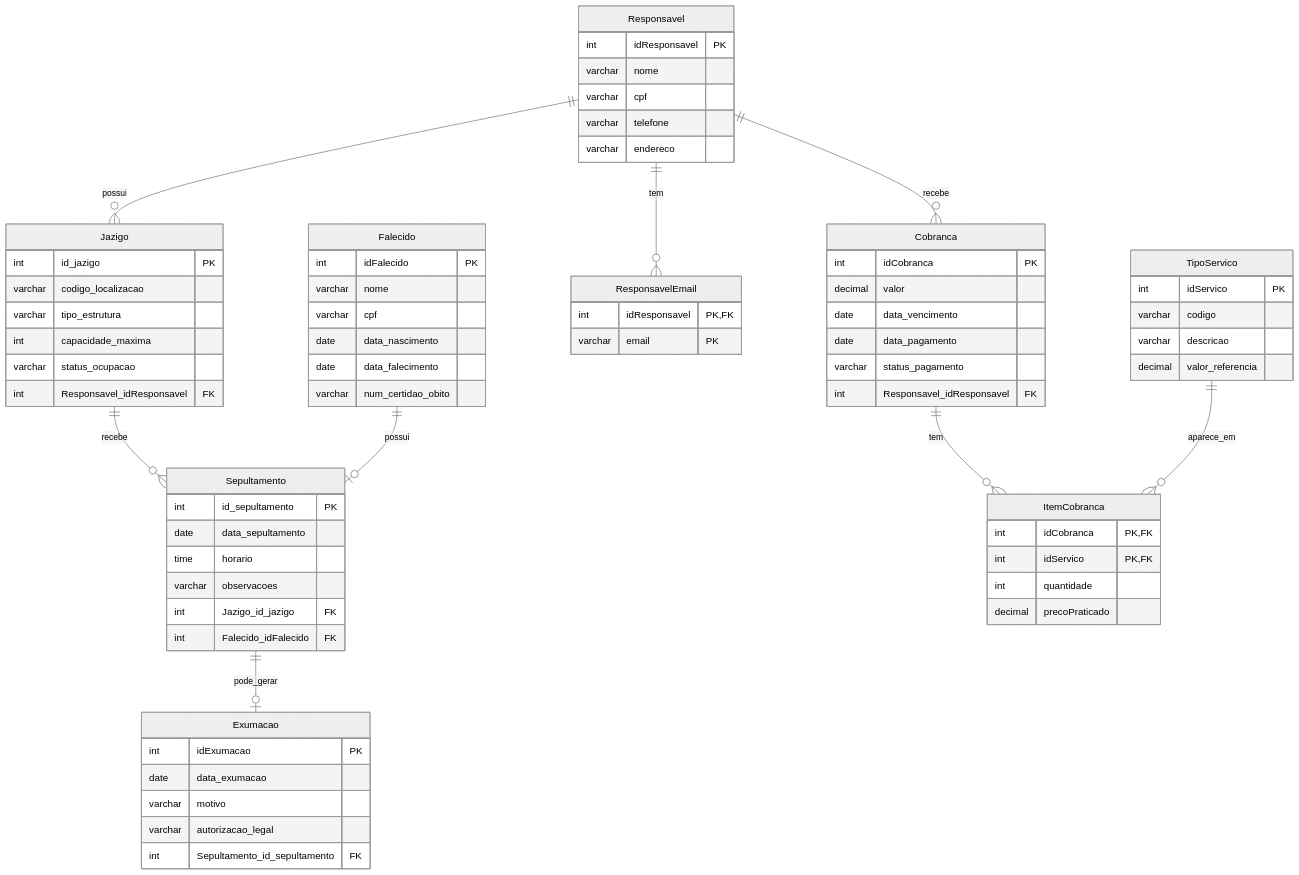
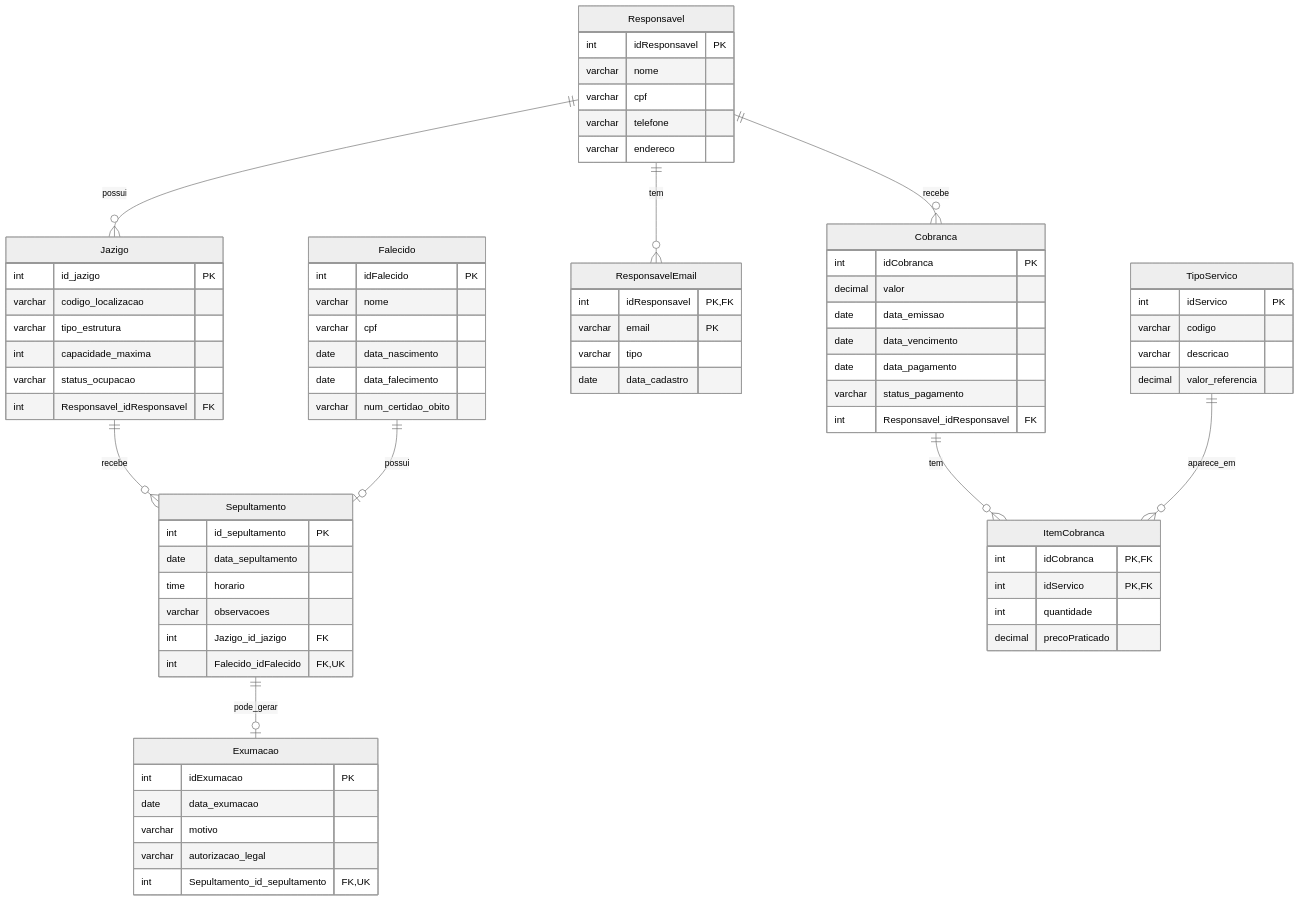
The diagram in modelagem/MER.md (vicccviccc/drawBD), drawn with Mermaid (neutral theme) before and after one commit. The commit also changed other lines of this file and 2 other files, not shown here.

````diff
--- a/modelagem/MER.md
+++ b/modelagem/MER.md
@@ -21,74 +21,77 @@
 ```mermaid
 erDiagram
     Responsavel ||--o{ Jazigo : possui
     Responsavel ||--o{ Cobranca : recebe
     Responsavel ||--o{ ResponsavelEmail : tem
     Jazigo ||--o{ Sepultamento : recebe
     Falecido ||--o| Sepultamento : possui
     Sepultamento ||--o| Exumacao : pode_gerar
     Cobranca ||--o{ ItemCobranca : tem
     TipoServico ||--o{ ItemCobranca : aparece_em
 
     Responsavel {
         int idResponsavel PK
         varchar nome
         varchar cpf
         varchar telefone
         varchar endereco
     }
     Jazigo {
         int id_jazigo PK
         varchar codigo_localizacao
         varchar tipo_estrutura
         int capacidade_maxima
         varchar status_ocupacao
         int Responsavel_idResponsavel FK
     }
     Falecido {
         int idFalecido PK
         varchar nome
         varchar cpf
         date data_nascimento
         date data_falecimento
         varchar num_certidao_obito
     }
     Sepultamento {
         int id_sepultamento PK
         date data_sepultamento
         time horario
         varchar observacoes
         int Jazigo_id_jazigo FK
-        int Falecido_idFalecido FK
+        int Falecido_idFalecido FK,UK
     }
     Exumacao {
         int idExumacao PK
         date data_exumacao
         varchar motivo
         varchar autorizacao_legal
-        int Sepultamento_id_sepultamento FK
+        int Sepultamento_id_sepultamento FK,UK
     }
     Cobranca {
         int idCobranca PK
         decimal valor
+        date data_emissao
         date data_vencimento
         date data_pagamento
         varchar status_pagamento
         int Responsavel_idResponsavel FK
     }
     ResponsavelEmail {
         int idResponsavel PK,FK
         varchar email PK
+        varchar tipo
+        date data_cadastro
     }
     TipoServico {
         int idServico PK
         varchar codigo
         varchar descricao
         decimal valor_referencia
     }
     ItemCobranca {
         int idCobranca PK,FK
         int idServico PK,FK
         int quantidade
         decimal precoPraticado
     }
 ```
````
